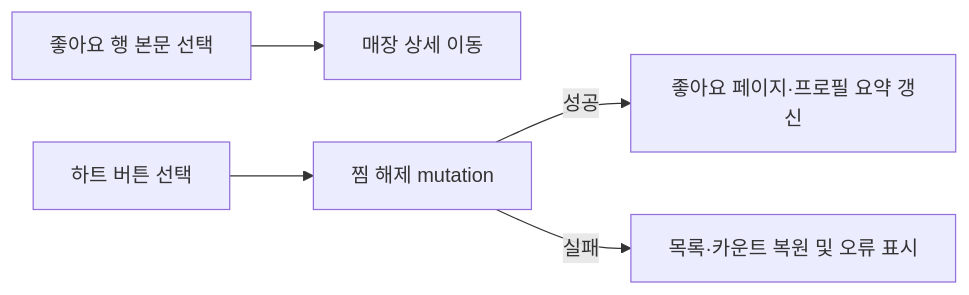
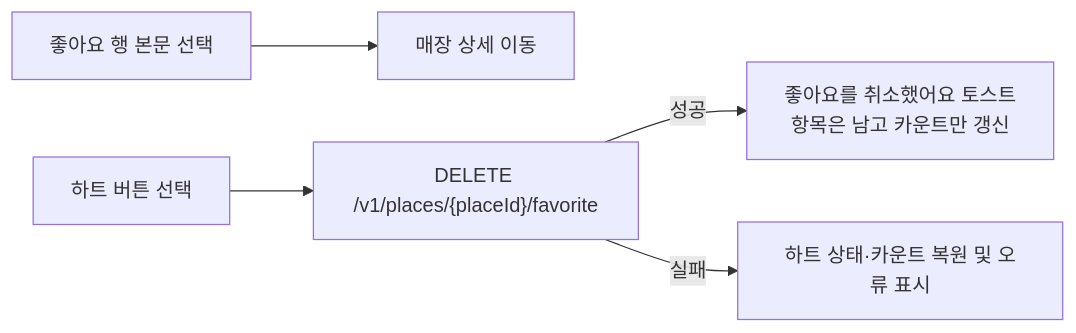
The fourth of 4 diagrams in docs/profile-flow-design.md (mash-up-kr/TMT-FE), drawn with Mermaid before and after one commit. The commit also changed other lines of this file and 8 other files, not shown here.

````diff
--- a/docs/profile-flow-design.md
+++ b/docs/profile-flow-design.md
@@ -213,7 +219,7 @@
 ```mermaid
 flowchart LR
     ROW["좋아요 행 본문 선택"] --> PLACE["매장 상세 이동"]
-    HEART["하트 버튼 선택"] --> MUT["찜 해제 mutation"]
-    MUT -->|성공| CACHE["좋아요 페이지·프로필 요약 갱신"]
-    MUT -->|실패| RESTORE["목록·카운트 복원 및 오류 표시"]
+    HEART["하트 버튼 선택"] --> MUT["DELETE /v1/places/{placeId}/favorite"]
+    MUT -->|성공| TOAST["좋아요를 취소했어요 토스트<br/>항목은 남고 카운트만 갱신"]
+    MUT -->|실패| RESTORE["하트 상태·카운트 복원 및 오류 표시"]
 ```
````
